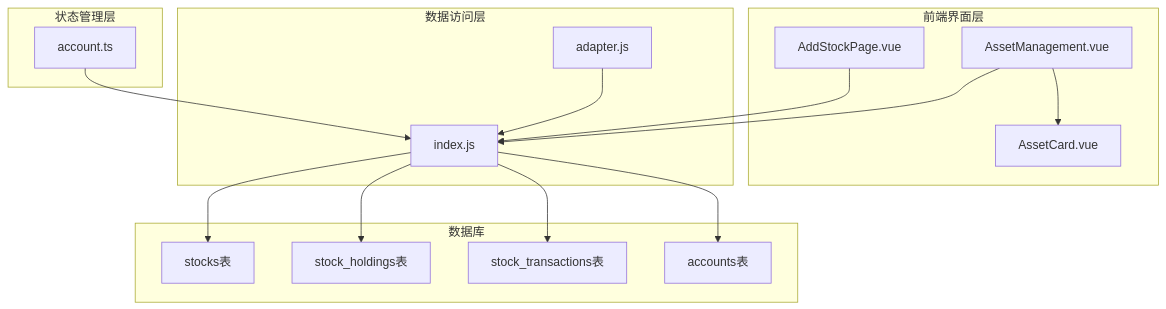
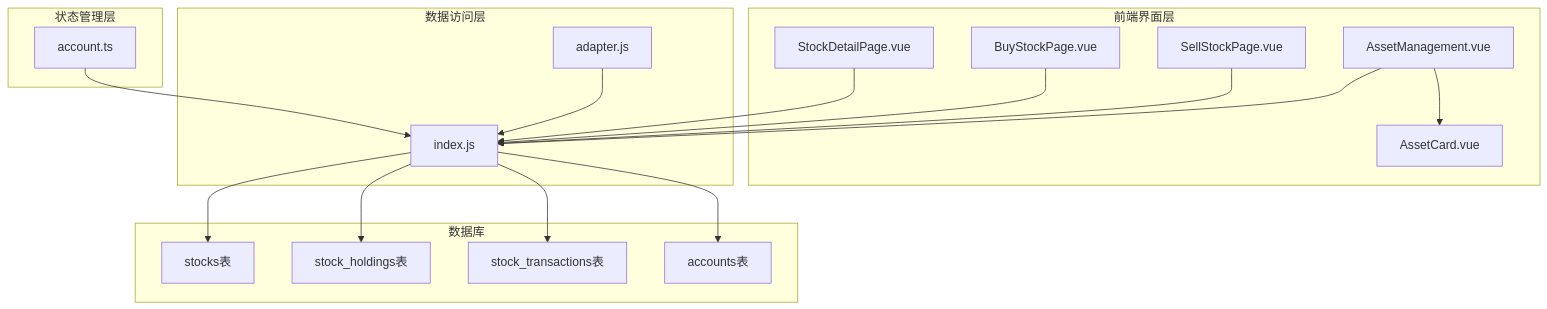
One commit to xiao-lin-unit/yuan changed the first of 11 diagrams in .qoder/repowiki/zh/content/资产管理/股票管理.md. Above: the diagram before and after it, drawn with Mermaid. The commit also changed other lines of this file and 37 other files, not shown here.

````diff
--- a/.qoder/repowiki/zh/content/资产管理/股票管理.md
+++ b/.qoder/repowiki/zh/content/资产管理/股票管理.md
@@ -35,30 +49,34 @@
 ```mermaid
 graph TB
 subgraph "前端界面层"
+SDP[StockDetailPage.vue]
+BSP[BuyStockPage.vue]
+SSP[SellStockPage.vue]
 ASP[AssetManagement.vue]
-ASP2[AddStockPage.vue]
 AC[AssetCard.vue]
 end
 subgraph "状态管理层"
 AS[account.ts]
 end
 subgraph "数据访问层"
 DBM[index.js]
 AD[adapter.js]
 end
 subgraph "数据库"
 ST[stocks表]
 SH[stock_holdings表]
 STX[stock_transactions表]
 ACC[accounts表]
 end
+SDP --> DBM
+BSP --> DBM
+SSP --> DBM
 ASP --> AC
-ASP2 --> DBM
 ASP --> DBM
 AS --> DBM
 DBM --> ST
 DBM --> SH
 DBM --> STX
 DBM --> ACC
 AD --> DBM
 ```
````
